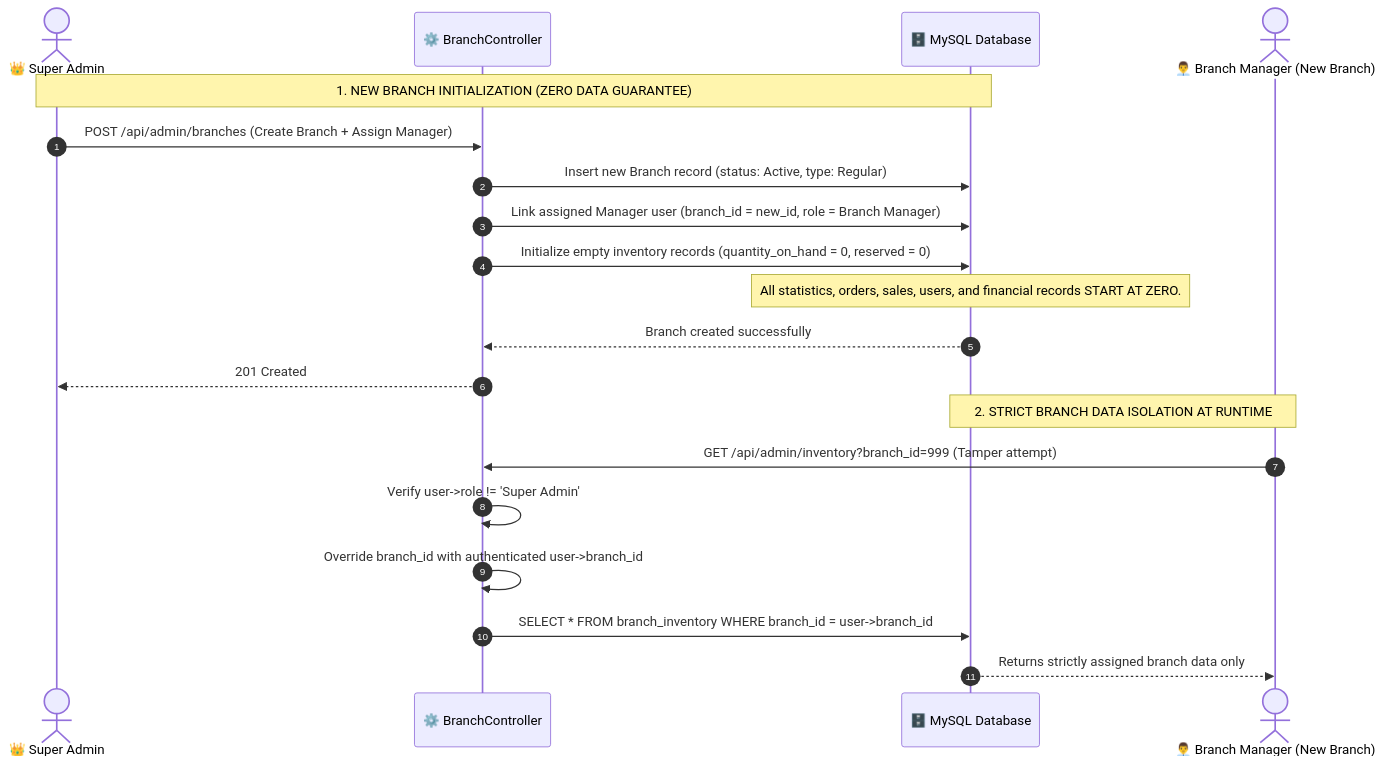
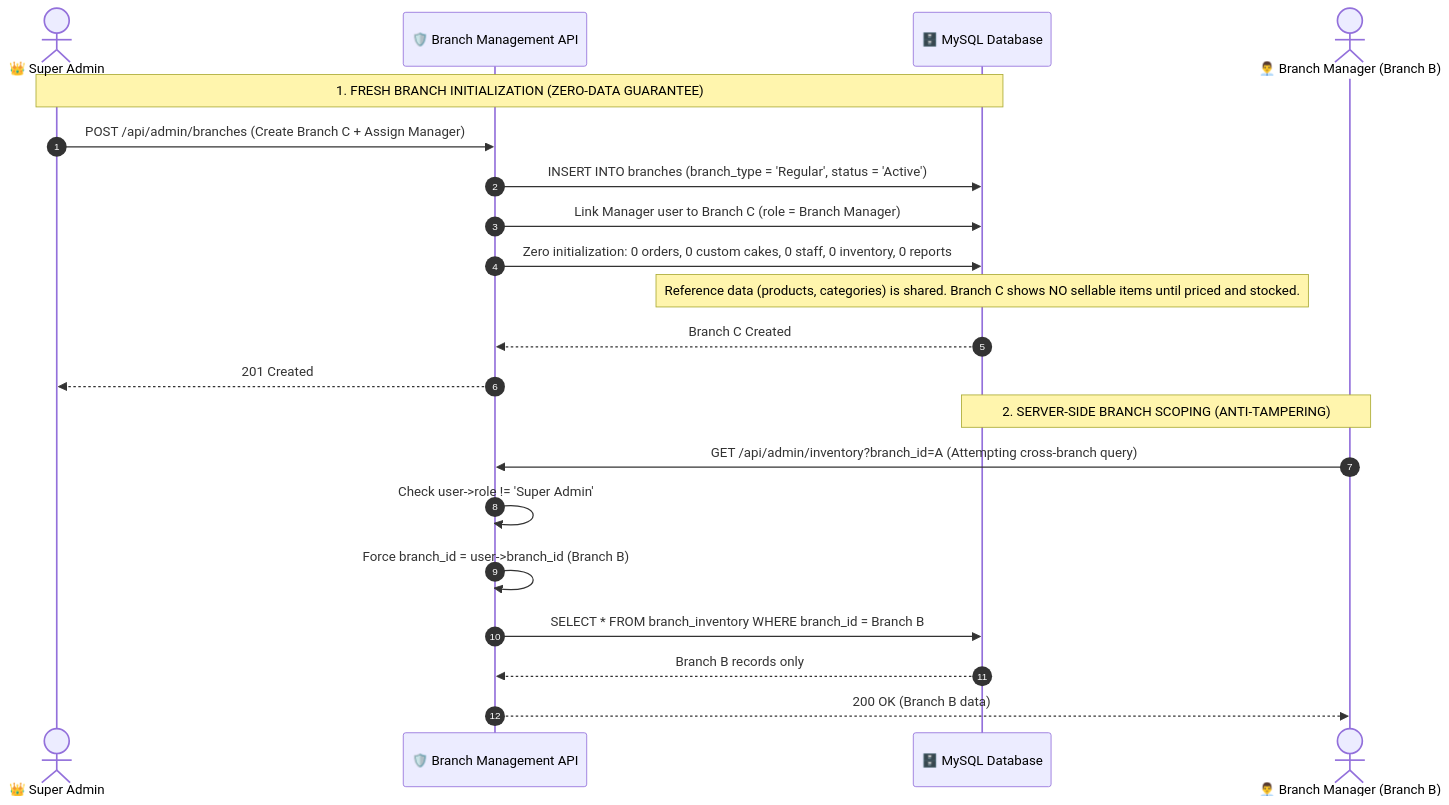
The second of 7 diagrams in SYSTEM_DOCUMENTATION.md (niga-star/Kenean-Cake-and-bread-), drawn with Mermaid before and after one commit. The commit also changed other lines of this file, not shown here.

Commit message:
Update SYSTEM_DOCUMENTATION to v4.1 Revised: 14 defect resolutions, dispatch engine, 2-factor tracking, RBAC matrix, and schema enhancements

````diff
--- a/SYSTEM_DOCUMENTATION.md
+++ b/SYSTEM_DOCUMENTATION.md
@@ -123,24 +136,25 @@
 ```mermaid
 sequenceDiagram
     autonumber
     actor SuperAdmin as 👑 Super Admin
-    participant BranchCtrl as ⚙️ BranchController
+    participant API as 🛡️ Branch Management API
     participant DB as 🗄️ MySQL Database
-    actor Manager as 👨‍💼 Branch Manager (New Branch)
+    actor Manager as 👨‍💼 Branch Manager (Branch B)
 
-    Note over SuperAdmin,DB: 1. NEW BRANCH INITIALIZATION (ZERO DATA GUARANTEE)
-    SuperAdmin->>BranchCtrl: POST /api/admin/branches (Create Branch + Assign Manager)
-    BranchCtrl->>DB: Insert new Branch record (status: Active, type: Regular)
-    BranchCtrl->>DB: Link assigned Manager user (branch_id = new_id, role = Branch Manager)
-    BranchCtrl->>DB: Initialize empty inventory records (quantity_on_hand = 0, reserved = 0)
-    Note over DB: All statistics, orders, sales, users, and financial records START AT ZERO.
-    DB-->>BranchCtrl: Branch created successfully
-    BranchCtrl-->>SuperAdmin: 201 Created
+    Note over SuperAdmin,DB: 1. FRESH BRANCH INITIALIZATION (ZERO-DATA GUARANTEE)
+    SuperAdmin->>API: POST /api/admin/branches (Create Branch C + Assign Manager)
+    API->>DB: INSERT INTO branches (branch_type = 'Regular', status = 'Active')
+    API->>DB: Link Manager user to Branch C (role = Branch Manager)
+    API->>DB: Zero initialization: 0 orders, 0 custom cakes, 0 staff, 0 inventory, 0 reports
+    Note over DB: Reference data (products, categories) is shared. Branch C shows NO sellable items until priced and stocked.
+    DB-->>API: Branch C Created
+    API-->>SuperAdmin: 201 Created
 
-    Note over Manager,DB: 2. STRICT BRANCH DATA ISOLATION AT RUNTIME
-    Manager->>BranchCtrl: GET /api/admin/inventory?branch_id=999 (Tamper attempt)
-    BranchCtrl->>BranchCtrl: Verify user->role != 'Super Admin'
-    BranchCtrl->>BranchCtrl: Override branch_id with authenticated user->branch_id
-    BranchCtrl->>DB: SELECT * FROM branch_inventory WHERE branch_id = user->branch_id
-    DB-->>Manager: Returns strictly assigned branch data only
+    Note over Manager,DB: 2. SERVER-SIDE BRANCH SCOPING (ANTI-TAMPERING)
+    Manager->>API: GET /api/admin/inventory?branch_id=A (Attempting cross-branch query)
+    API->>API: Check user->role != 'Super Admin'
+    API->>API: Force branch_id = user->branch_id (Branch B)
+    API->>DB: SELECT * FROM branch_inventory WHERE branch_id = Branch B
+    DB-->>API: Branch B records only
+    API-->>Manager: 200 OK (Branch B data)
 ```
````
